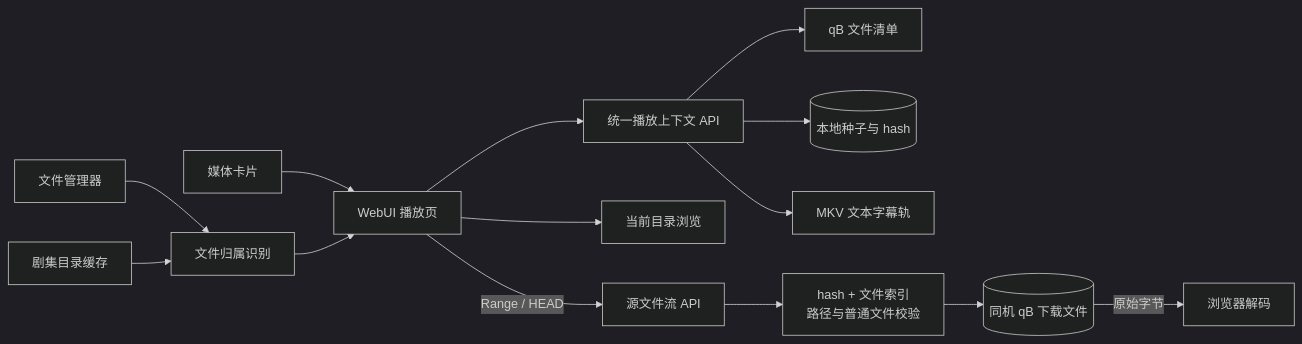
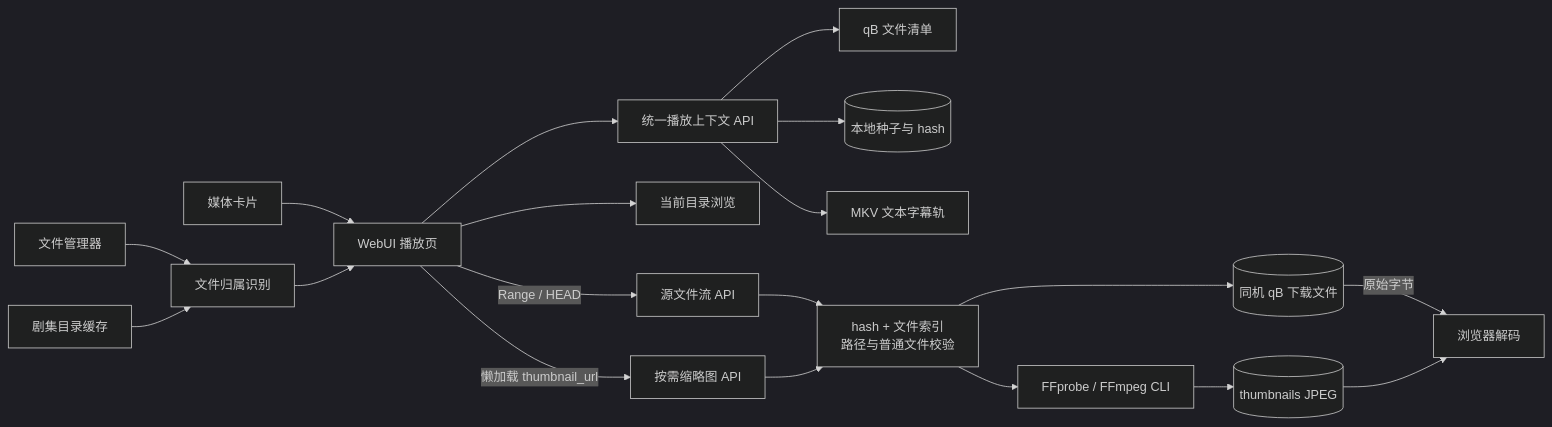
One commit to Huffer342-WSH/NexusBridge changed the seventh of 8 diagrams in docs/architecture.md. Above: the diagram before and after it, drawn with Mermaid (dark theme). The commit also changed other lines of this file and 32 other files, not shown here.

Commit message:
feat: 新增视频文件缩略图生成与显示

````diff
--- a/docs/architecture.md
+++ b/docs/architecture.md
@@ -241,16 +243,21 @@
 ```mermaid
 flowchart LR
     Card[媒体卡片] --> Playback[WebUI 播放页]
     Files[文件管理器] --> Detect[文件归属识别]
     Series[剧集目录缓存] --> Detect
     Detect --> Playback
     Playback --> Manifest[统一播放上下文 API]
     Manifest --> QB[qB 文件清单]
     Manifest --> Catalog[(本地种子与 hash)]
     Playback --> Browse[当前目录浏览]
     Manifest --> Subtitle[MKV 文本字幕轨]
     Playback -->|Range / HEAD| Stream[源文件流 API]
     Stream --> Validate[hash + 文件索引<br/>路径与普通文件校验]
     Validate --> LocalFile[(同机 qB 下载文件)]
     LocalFile -->|原始字节| Browser[浏览器解码]
+    Playback -->|懒加载 thumbnail_url| Thumbnail[按需缩略图 API]
+    Thumbnail --> Validate
+    Validate --> FFmpeg[FFprobe / FFmpeg CLI]
+    FFmpeg --> ThumbnailFiles[(thumbnails JPEG)]
+    ThumbnailFiles --> Browser
 ```
````
